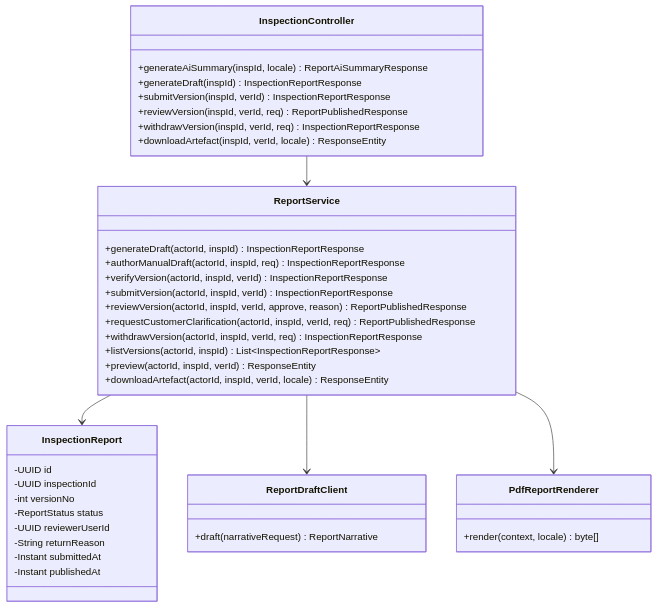
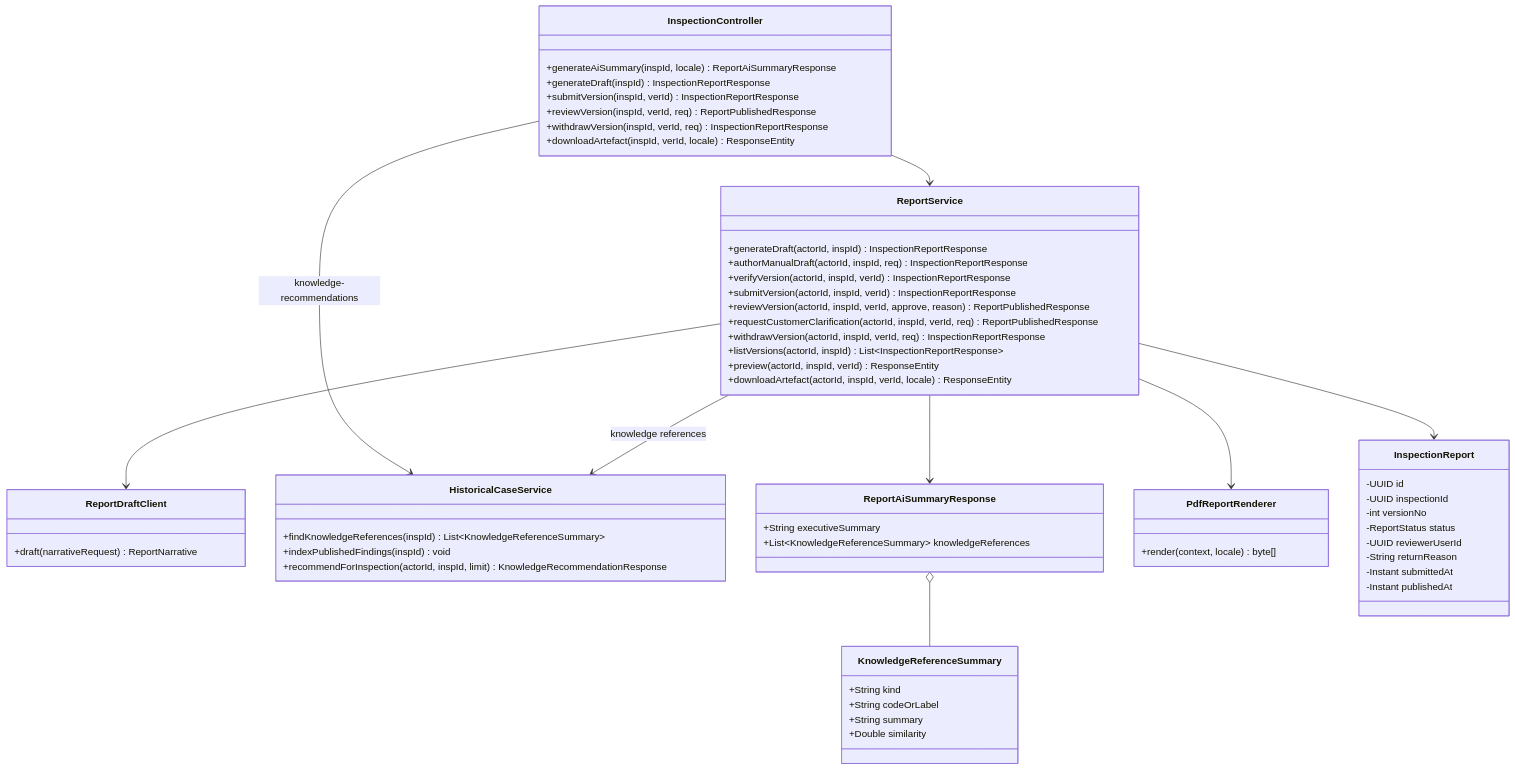
One commit to tungbach12/SmartDroneInspection-Docs changed diagram 18 of 21 in reports/report-4-software-design-document/03-detailed-design.md. Above: the diagram before and after it, drawn with Mermaid. The commit also changed other lines of this file and 121 other files, not shown here.

Commit message:
docs(reports): synchronize Reports 1-7, Report 7 expansion, and DroneKnowledgeAI specs

````diff
--- a/reports/report-4-software-design-document/03-detailed-design.md
+++ b/reports/report-4-software-design-document/03-detailed-design.md
@@ -949,44 +990,63 @@
 ```mermaid
 %% title: FE-07 Inspection Report Preparation, Review and Publication Class Diagram
 classDiagram
   class InspectionController {
     +generateAiSummary(inspId, locale) ReportAiSummaryResponse
     +generateDraft(inspId) InspectionReportResponse
     +submitVersion(inspId, verId) InspectionReportResponse
     +reviewVersion(inspId, verId, req) ReportPublishedResponse
     +withdrawVersion(inspId, verId, req) InspectionReportResponse
     +downloadArtefact(inspId, verId, locale) ResponseEntity
   }
   class ReportService {
     +generateDraft(actorId, inspId) InspectionReportResponse
     +authorManualDraft(actorId, inspId, req) InspectionReportResponse
     +verifyVersion(actorId, inspId, verId) InspectionReportResponse
     +submitVersion(actorId, inspId, verId) InspectionReportResponse
     +reviewVersion(actorId, inspId, verId, approve, reason) ReportPublishedResponse
     +requestCustomerClarification(actorId, inspId, verId, req) ReportPublishedResponse
     +withdrawVersion(actorId, inspId, verId, req) InspectionReportResponse
     +listVersions(actorId, inspId) List~InspectionReportResponse~
     +preview(actorId, inspId, verId) ResponseEntity
     +downloadArtefact(actorId, inspId, verId, locale) ResponseEntity
   }
   class ReportDraftClient {
     +draft(narrativeRequest) ReportNarrative
   }
+  class HistoricalCaseService {
+    +findKnowledgeReferences(inspId) List~KnowledgeReferenceSummary~
+    +indexPublishedFindings(inspId) void
+    +recommendForInspection(actorId, inspId, limit) KnowledgeRecommendationResponse
+  }
+  class ReportAiSummaryResponse {
+    +String executiveSummary
+    +List~KnowledgeReferenceSummary~ knowledgeReferences
+  }
+  class KnowledgeReferenceSummary {
+    +String kind
+    +String codeOrLabel
+    +String summary
+    +Double similarity
+  }
   class PdfReportRenderer {
     +render(context, locale) byte[]
   }
   class InspectionReport {
     -UUID id
     -UUID inspectionId
     -int versionNo
     -ReportStatus status
     -UUID reviewerUserId
     -String returnReason
     -Instant submittedAt
     -Instant publishedAt
   }
   InspectionController --> ReportService
+  InspectionController --> HistoricalCaseService : knowledge-recommendations
   ReportService --> InspectionReport
   ReportService --> ReportDraftClient
+  ReportService --> HistoricalCaseService : knowledge references
+  ReportService --> ReportAiSummaryResponse
+  ReportAiSummaryResponse o-- KnowledgeReferenceSummary
   ReportService --> PdfReportRenderer
 ```
````
